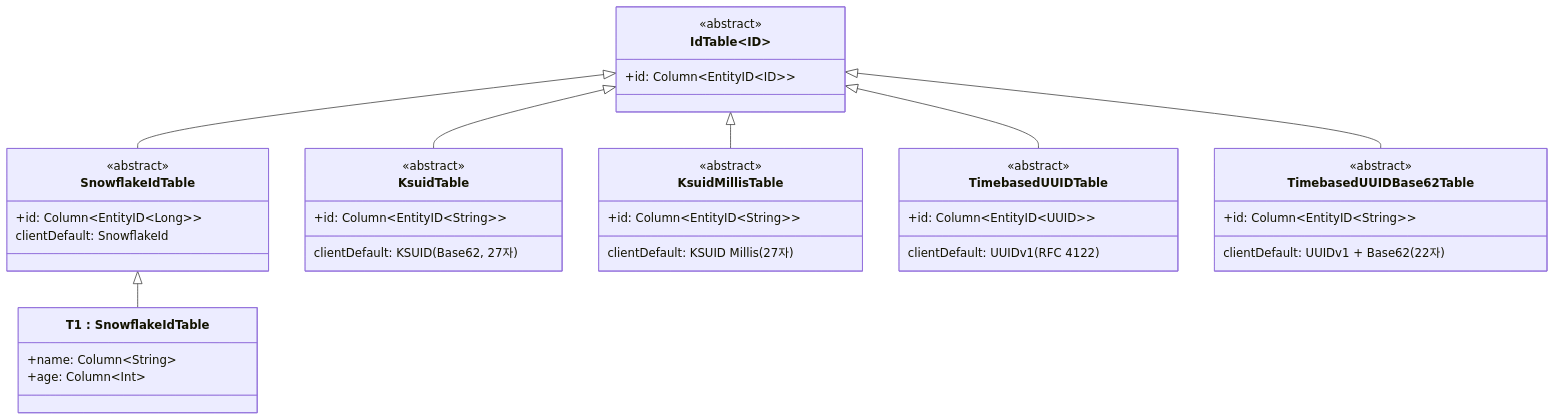
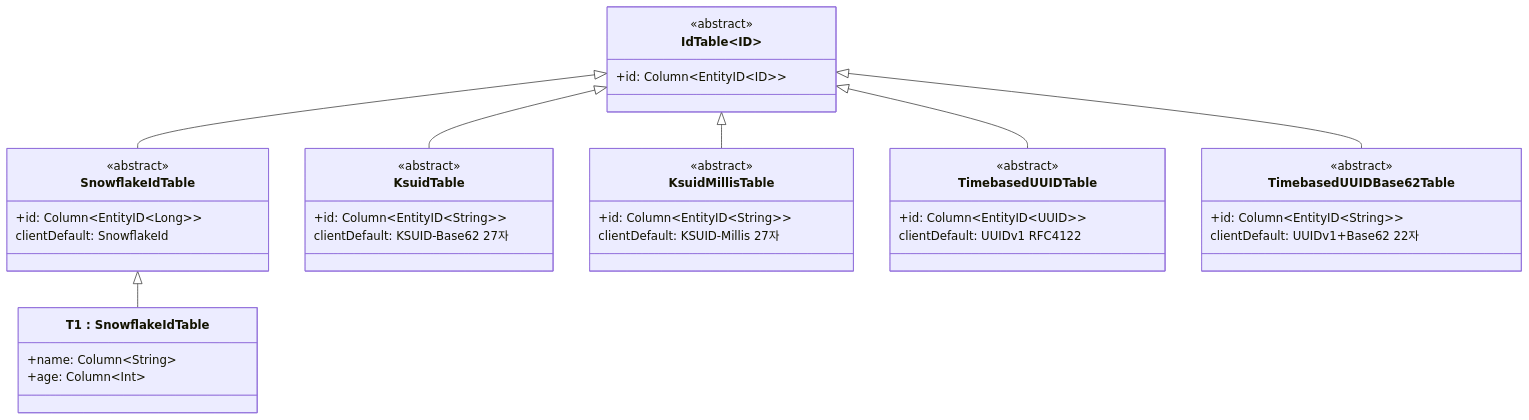
The first of 2 diagrams in 06-advanced/07-exposed-r2dbc-custom-entities/README.md (bluetape4k/exposed-r2dbc-workshop), drawn with Mermaid before and after one commit. The commit also changed 8 other files, not shown here.

First line of the commit message:
docs: Mermaid 다이어그램 note 속성 개선

````diff
--- a/06-advanced/07-exposed-r2dbc-custom-entities/README.md
+++ b/06-advanced/07-exposed-r2dbc-custom-entities/README.md
@@ -10,43 +10,43 @@
 ```mermaid
 classDiagram
     class IdTable~ID~ {
         <<abstract>>
         +id: Column~EntityID~ID~~
     }
     class SnowflakeIdTable {
         <<abstract>>
         +id: Column~EntityID~Long~~
         clientDefault: SnowflakeId
     }
     class KsuidTable {
         <<abstract>>
         +id: Column~EntityID~String~~
-        clientDefault: KSUID (Base62, 27자)
+        clientDefault: KSUID-Base62 27자
     }
     class KsuidMillisTable {
         <<abstract>>
         +id: Column~EntityID~String~~
-        clientDefault: KSUID Millis (27자)
+        clientDefault: KSUID-Millis 27자
     }
     class TimebasedUUIDTable {
         <<abstract>>
         +id: Column~EntityID~UUID~~
-        clientDefault: UUIDv1 (RFC 4122)
+        clientDefault: UUIDv1 RFC4122
     }
     class TimebasedUUIDBase62Table {
         <<abstract>>
         +id: Column~EntityID~String~~
-        clientDefault: UUIDv1 + Base62 (22자)
+        clientDefault: UUIDv1+Base62 22자
     }
     class T1["T1 : SnowflakeIdTable"] {
         +name: Column~String~
         +age: Column~Int~
     }
 
     IdTable <|-- SnowflakeIdTable
     IdTable <|-- KsuidTable
     IdTable <|-- KsuidMillisTable
     IdTable <|-- TimebasedUUIDTable
     IdTable <|-- TimebasedUUIDBase62Table
     SnowflakeIdTable <|-- T1
 ```
````
